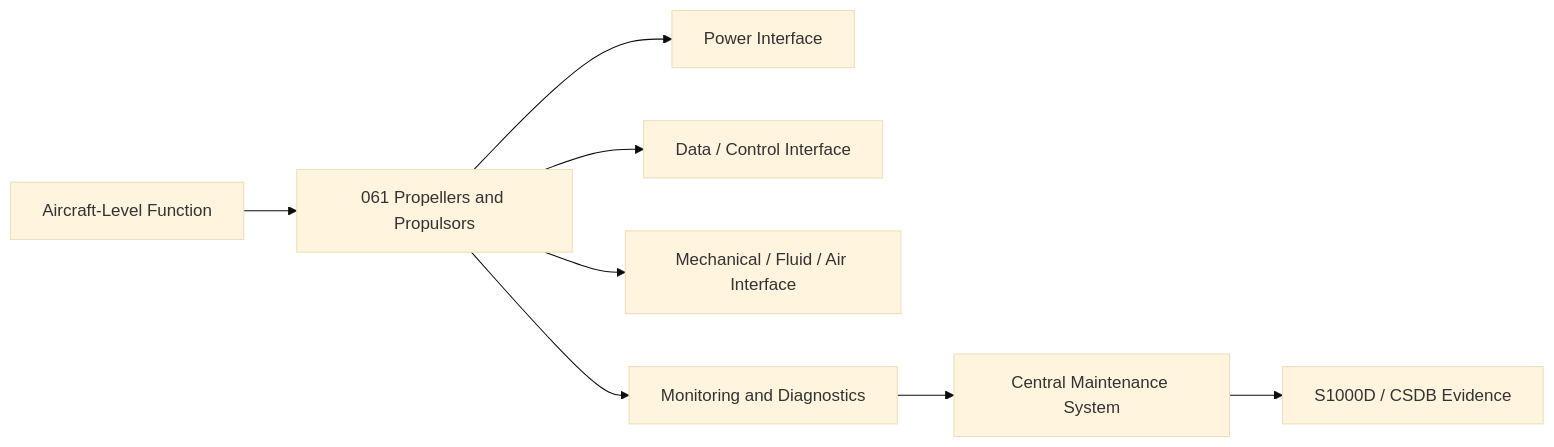
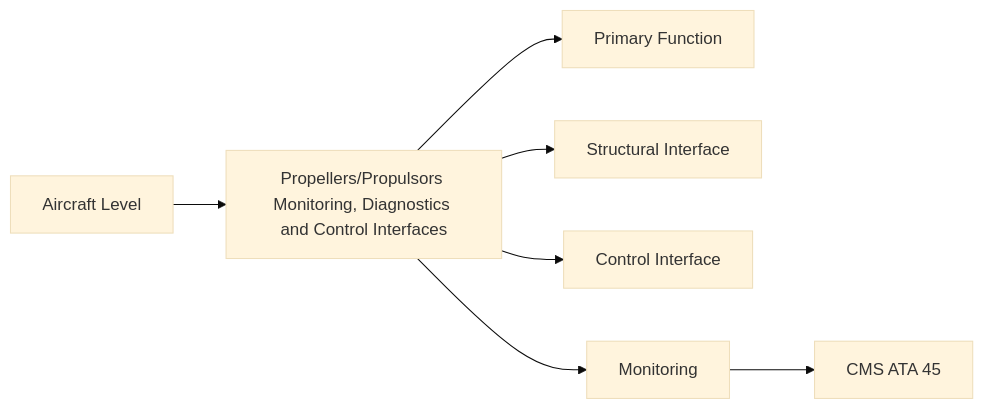
Before and after one commit to AmedeoPelliccia/Qplus-For-All-Queer-People-and-Quantum: the first of 2 diagrams in Q+ATLANTIDE/000-099_ATLAS/060-069_Propulsion-Tradicional/061_Propellers-and-Propulsors/061-080-Propellers-Propulsors-Monitoring-Diagnostics-and-Control-Interfaces.md, drawn with Mermaid (base theme). The commit also changed other lines of this file and 74 other files, not shown here.

````diff
--- a/Q+ATLANTIDE/000-099_ATLAS/060-069_Propulsion-Tradicional/061_Propellers-and-Propulsors/061-080-Propellers-Propulsors-Monitoring-Diagnostics-and-Control-Interfaces.md
+++ b/Q+ATLANTIDE/000-099_ATLAS/060-069_Propulsion-Tradicional/061_Propellers-and-Propulsors/061-080-Propellers-Propulsors-Monitoring-Diagnostics-and-Control-Interfaces.md
@@ -153,10 +93,9 @@
 ```mermaid
 flowchart LR
-    A[Aircraft-Level Function] --> B[061 Propellers and Propulsors]
-    B --> C[Power Interface]
-    B --> D[Data / Control Interface]
-    B --> E[Mechanical / Fluid / Air Interface]
-    B --> F[Monitoring and Diagnostics]
-    F --> G[Central Maintenance System]
-    G --> H[S1000D / CSDB Evidence]
+    A[Aircraft Level] --> B[Propellers/Propulsors Monitoring, Diagnostics and Control Interfaces]
+    B --> C[Primary Function]
+    B --> D[Structural Interface]
+    B --> E[Control Interface]
+    B --> F[Monitoring]
+    F --> G[CMS ATA 45]
 ```
````
